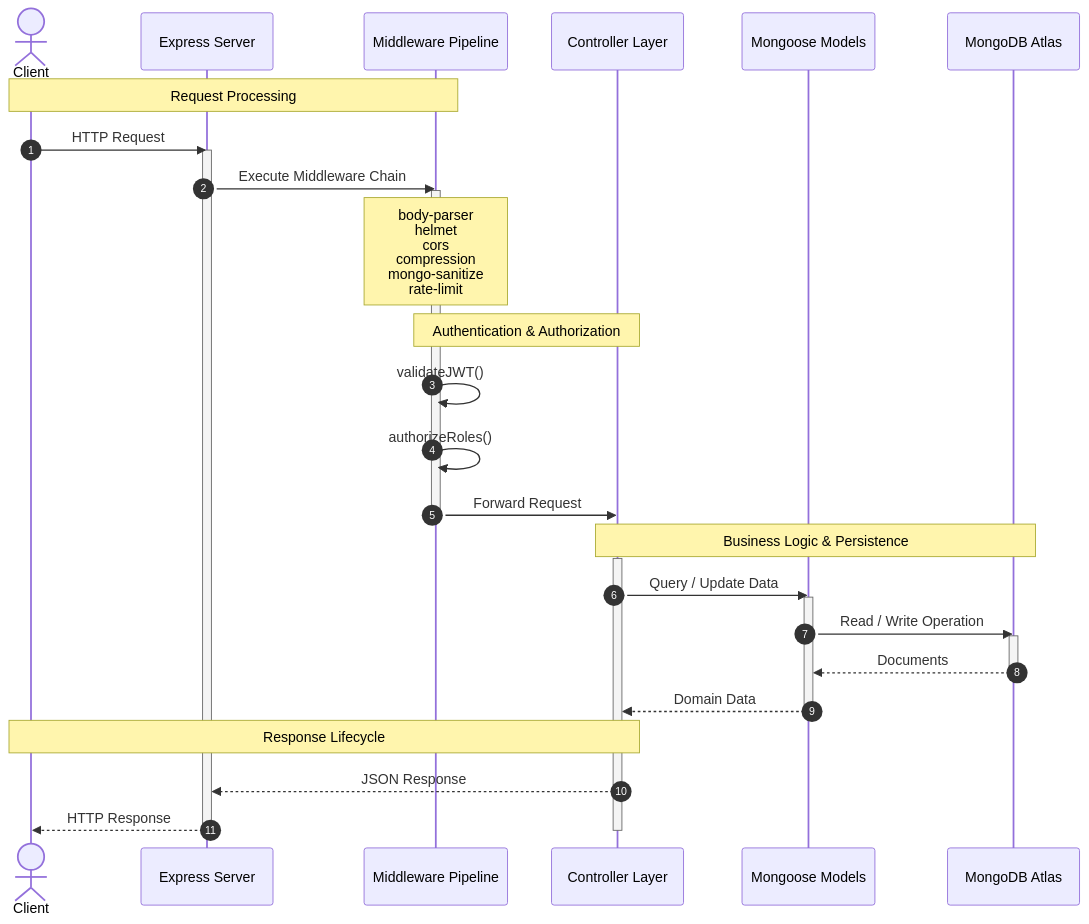
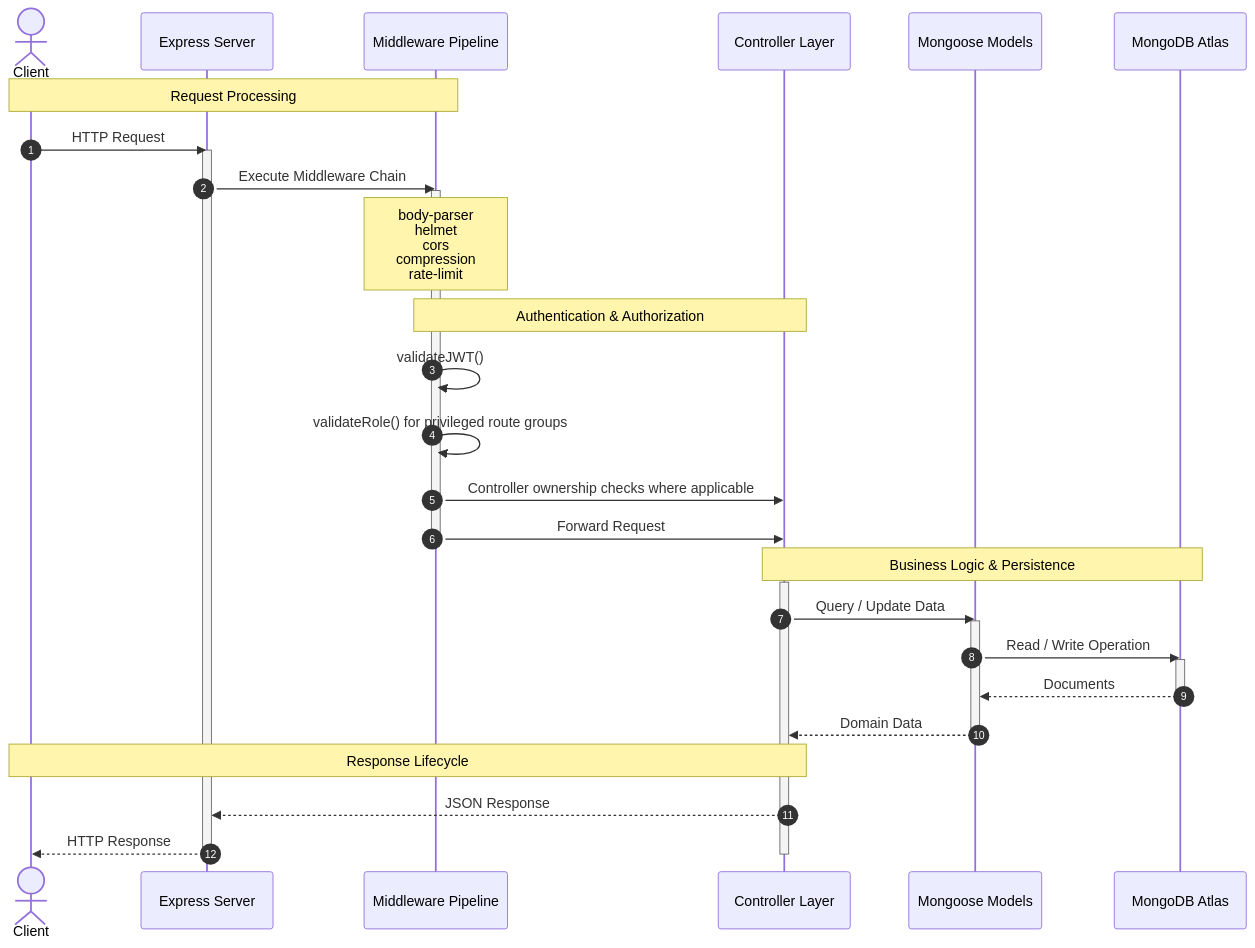
One commit to Shravan-509/BookMyShow changed the second of 10 diagrams in docs/ARCHITECTURE.md. Above: the diagram before and after it, drawn with Mermaid. The commit also changed other lines of this file and 38 other files, not shown here.

````diff
--- a/docs/ARCHITECTURE.md
+++ b/docs/ARCHITECTURE.md
@@ -122,71 +122,72 @@
 ```mermaid
 sequenceDiagram
     autonumber
 
     actor Client
 
     participant Express as Express Server
     participant Middleware as Middleware Pipeline
     participant Controller as Controller Layer
     participant Model as Mongoose Models
     participant MongoDB as MongoDB Atlas
 
     %% ==========================================
     %% Request Processing
     %% ==========================================
 
     Note over Client,Middleware: Request Processing
 
     Client->>Express: HTTP Request
     activate Express
 
     Express->>Middleware: Execute Middleware Chain
     activate Middleware
 
-    Note over Middleware: body-parser<br/>helmet<br/>cors<br/>compression<br/>mongo-sanitize<br/>rate-limit
+    Note over Middleware: body-parser<br/>helmet<br/>cors<br/>compression<br/>rate-limit
 
     %% ==========================================
     %% Authentication
     %% ==========================================
 
     Note over Middleware,Controller: Authentication & Authorization
 
     Middleware->>Middleware: validateJWT()
-    Middleware->>Middleware: authorizeRoles()
+    Middleware->>Middleware: validateRole() for privileged route groups
+    Middleware->>Controller: Controller ownership checks where applicable
 
     Middleware->>Controller: Forward Request
     deactivate Middleware
 
     %% ==========================================
     %% Business Logic
     %% ==========================================
 
     Note over Controller,MongoDB: Business Logic & Persistence
 
     activate Controller
 
     Controller->>Model: Query / Update Data
     activate Model
 
     Model->>MongoDB: Read / Write Operation
     activate MongoDB
 
     MongoDB-->>Model: Documents
     deactivate MongoDB
 
     Model-->>Controller: Domain Data
     deactivate Model
 
     %% ==========================================
     %% Response Generation
     %% ==========================================
 
     Note over Controller,Client: Response Lifecycle
 
     Controller-->>Express: JSON Response
 
     Express-->>Client: HTTP Response
 
     deactivate Controller
     deactivate Express
 ```
````
